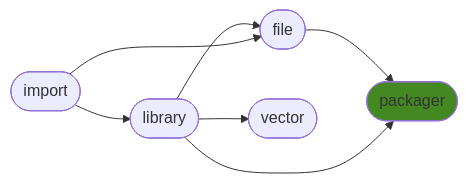
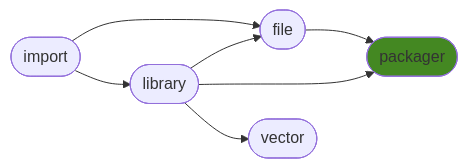
Before and after one commit to ManderaGeneral/generalpackager: the diagram in README.md, drawn with Mermaid. The commit also changed other lines of this file and 2 other files, not shown here.

````diff
--- a/README.md
+++ b/README.md
@@ -24,15 +24,15 @@
 ```mermaid
 flowchart LR
+0([import]) --> 2([file])
+1([library]) --> 2([file])
+1([library]) --> 4([packager])
+2([file]) --> 4([packager])
 1([library]) --> 3([vector])
-1([library]) --> 2([file])
-2([file]) --> 4([packager])
-0([import]) --> 2([file])
 0([import]) --> 1([library])
-1([library]) --> 4([packager])
 click 0 "https://github.com/ManderaGeneral/generalimport"
 click 1 "https://github.com/ManderaGeneral/generallibrary"
 click 2 "https://github.com/ManderaGeneral/generalfile"
 click 3 "https://github.com/ManderaGeneral/generalvector"
 click 4 "https://github.com/ManderaGeneral/generalpackager"
 style 4 fill:#482
 ```
````
